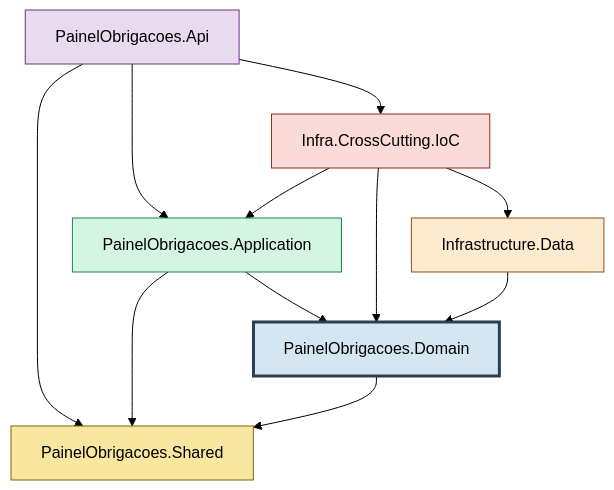
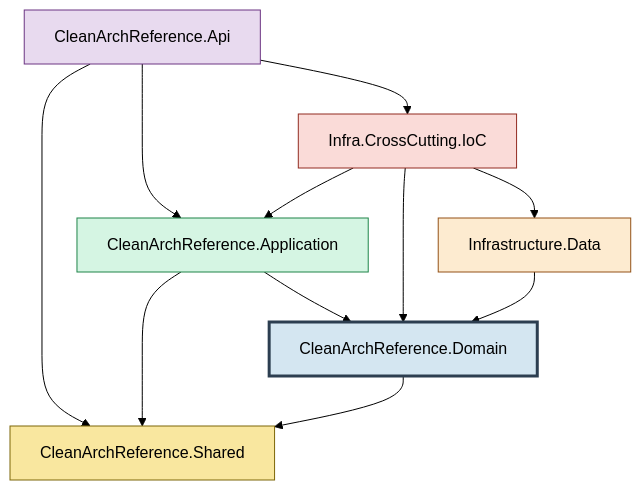
One commit to gabrielmassaia/.NET-Design-Pattern-CQRS-MediatR changed the first of 8 diagrams in learning/STUDY.md. Above: the diagram before and after it, drawn with Mermaid (forest theme). The commit also changed other lines of this file and 456 other files, not shown here.

````diff
--- a/learning/STUDY.md
+++ b/learning/STUDY.md
@@ -97,20 +97,20 @@
 ```mermaid
 graph TD
-    Api[PainelObrigacoes.Api] --> Application[PainelObrigacoes.Application]
+    Api[CleanArchReference.Api] --> Application[CleanArchReference.Application]
     Api --> IoC[Infra.CrossCutting.IoC]
-    Api --> Shared[PainelObrigacoes.Shared]
-    Application --> Domain[PainelObrigacoes.Domain]
+    Api --> Shared[CleanArchReference.Shared]
+    Application --> Domain[CleanArchReference.Domain]
     Application --> Shared
     IoC --> Domain
     IoC --> Application
     IoC --> Infrastructure.Data
     Infrastructure.Data --> Domain
     Domain --> Shared
 
     style Domain fill:#d4e6f1,stroke:#2c3e50,stroke-width:3px
     style Application fill:#d5f5e3,stroke:#1e8449
     style Infrastructure.Data fill:#fdebd0,stroke:#935116
     style Api fill:#e8daef,stroke:#6c3483
     style IoC fill:#fadbd8,stroke:#922b21
     style Shared fill:#f9e79f,stroke:#7d6608
 ```
````
